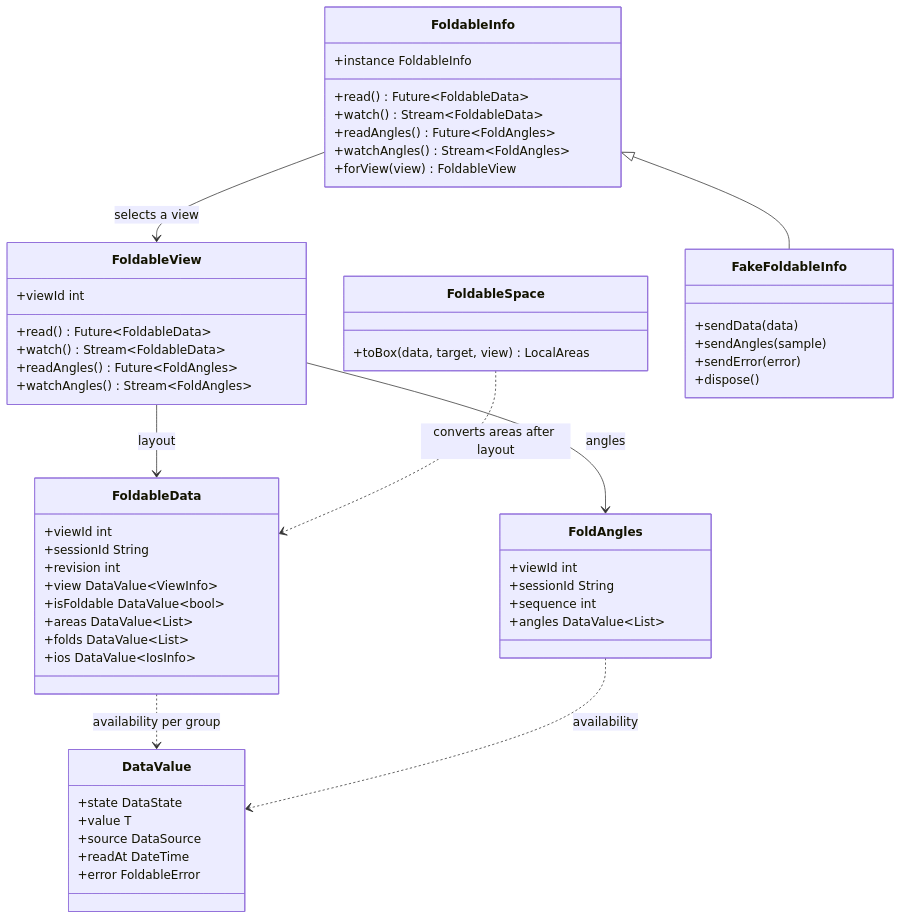
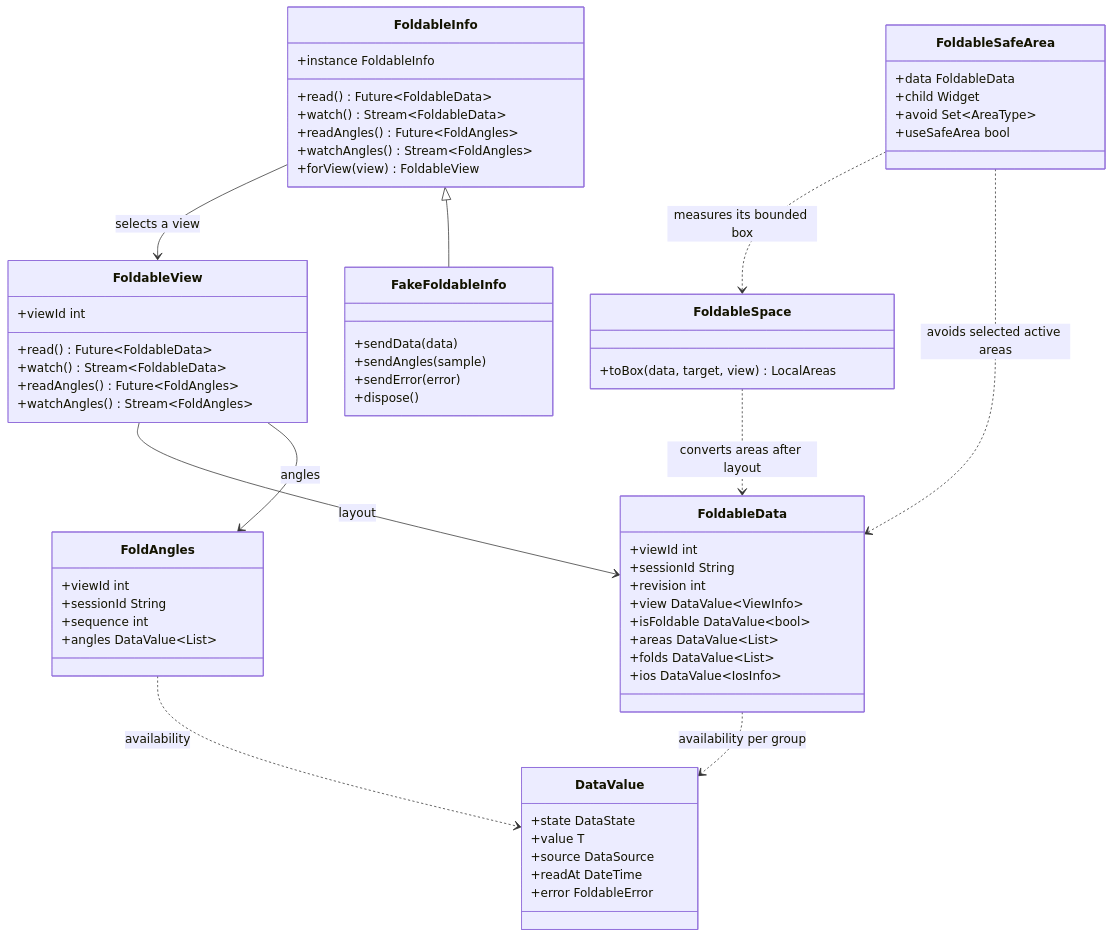
One commit to ViUniverse/foldable_info changed the diagram in doc/api-overview.md. Above: the diagram before and after it, drawn with Mermaid. The commit also changed other lines of this file and 32 other files, not shown here.

````diff
--- a/doc/api-overview.md
+++ b/doc/api-overview.md
@@ -5,57 +5,65 @@
 ```mermaid
 classDiagram
   class FoldableInfo {
     +instance FoldableInfo
     +read() Future~FoldableData~
     +watch() Stream~FoldableData~
     +readAngles() Future~FoldAngles~
     +watchAngles() Stream~FoldAngles~
     +forView(view) FoldableView
   }
   class FoldableView {
     +viewId int
     +read() Future~FoldableData~
     +watch() Stream~FoldableData~
     +readAngles() Future~FoldAngles~
     +watchAngles() Stream~FoldAngles~
   }
   class FoldableData {
     +viewId int
     +sessionId String
     +revision int
     +view DataValue~ViewInfo~
     +isFoldable DataValue~bool~
     +areas DataValue~List~
     +folds DataValue~List~
     +ios DataValue~IosInfo~
   }
   class FoldAngles {
     +viewId int
     +sessionId String
     +sequence int
     +angles DataValue~List~
   }
   class DataValue {
     +state DataState
     +value T
     +source DataSource
     +readAt DateTime
     +error FoldableError
   }
   class FoldableSpace {
     +toBox(data, target, view) LocalAreas
   }
+  class FoldableSafeArea {
+    +data FoldableData
+    +child Widget
+    +avoid Set~AreaType~
+    +useSafeArea bool
+  }
   class FakeFoldableInfo {
     +sendData(data)
     +sendAngles(sample)
     +sendError(error)
     +dispose()
   }
   FoldableInfo --> FoldableView : selects a view
   FoldableView --> FoldableData : layout
   FoldableView --> FoldAngles : angles
   FoldableData ..> DataValue : availability per group
   FoldAngles ..> DataValue : availability
   FoldableSpace ..> FoldableData : converts areas after layout
+  FoldableSafeArea ..> FoldableSpace : measures its bounded box
+  FoldableSafeArea ..> FoldableData : avoids selected active areas
   FoldableInfo <|-- FakeFoldableInfo
 ```
````
